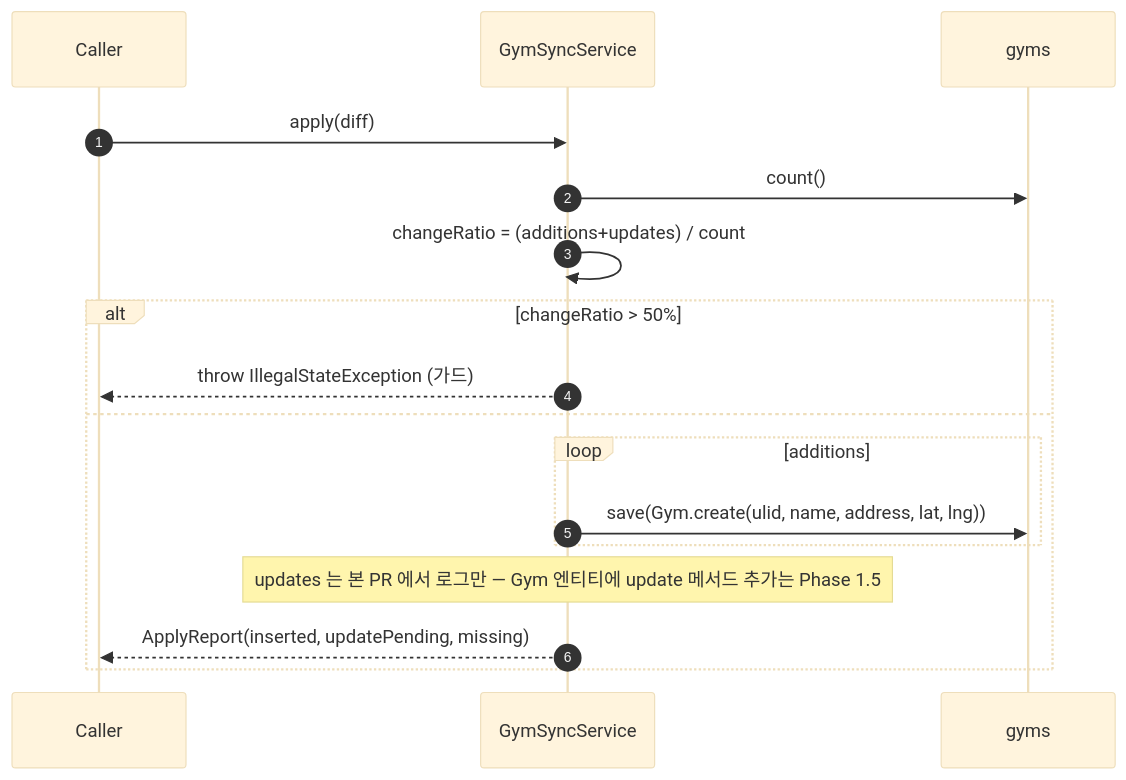
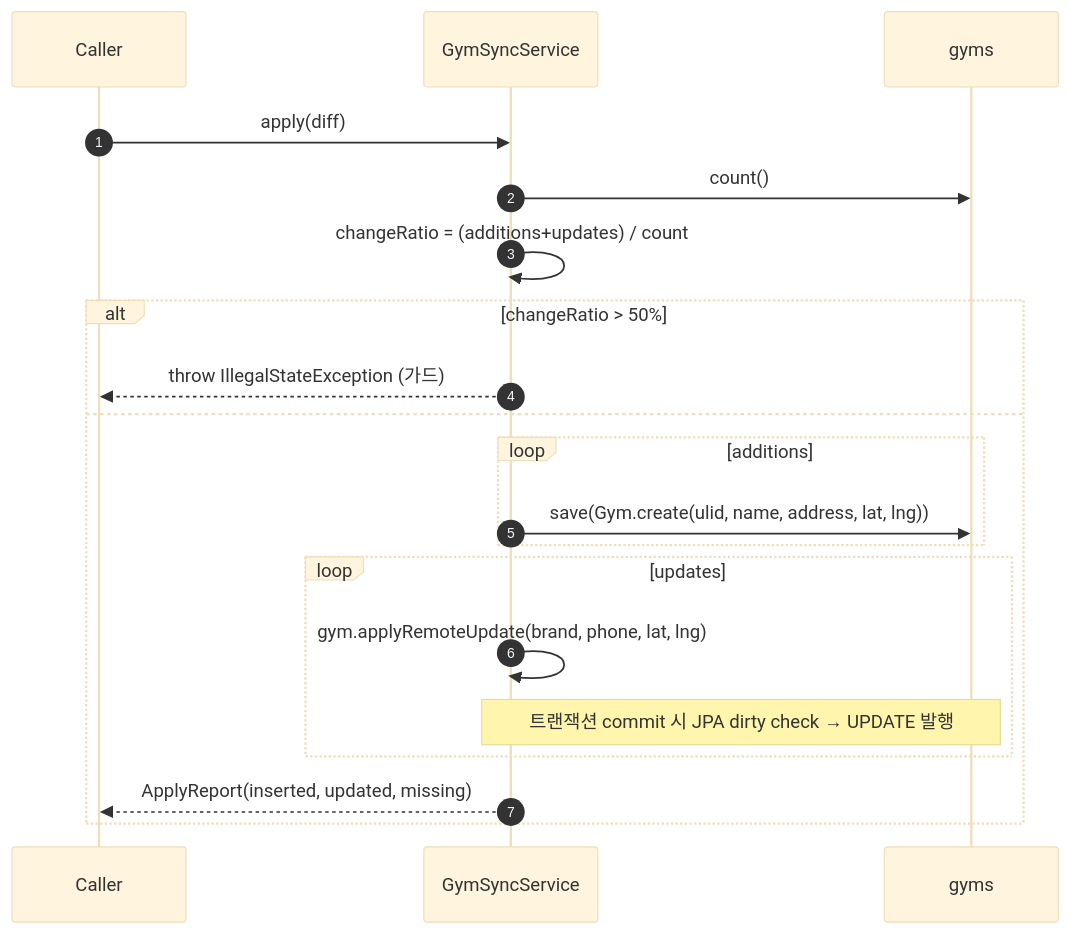
One commit to theo-ooooo/crimp changed the second of 2 diagrams in docs/설계/sequence/gym-crawl-batch.md. Above: the diagram before and after it, drawn with Mermaid (base theme). The commit also changed other lines of this file and 3 other files, not shown here.

First line of the commit message:
feat(api): Gym 동기화 update 실제 적용 — applyRemoteUpdate + 보고서 카운트 정정

````diff
--- a/docs/설계/sequence/gym-crawl-batch.md
+++ b/docs/설계/sequence/gym-crawl-batch.md
@@ -66,20 +66,23 @@
 ```mermaid
 sequenceDiagram
     autonumber
     participant Caller
     participant Service as GymSyncService
     participant DB as gyms
 
     Caller->>Service: apply(diff)
     Service->>DB: count()
     Service->>Service: changeRatio = (additions+updates) / count
     alt changeRatio > 50%
         Service-->>Caller: throw IllegalStateException (가드)
     else
         loop additions
             Service->>DB: save(Gym.create(ulid, name, address, lat, lng))
         end
-        Note over Service: updates 는 본 PR 에서 로그만 — Gym 엔티티에 update 메서드 추가는 Phase 1.5
-        Service-->>Caller: ApplyReport(inserted, updatePending, missing)
+        loop updates
+            Service->>Service: gym.applyRemoteUpdate(brand, phone, lat, lng)
+            Note over Service,DB: 트랜잭션 commit 시 JPA dirty check → UPDATE 발행
+        end
+        Service-->>Caller: ApplyReport(inserted, updated, missing)
     end
 ```
````
